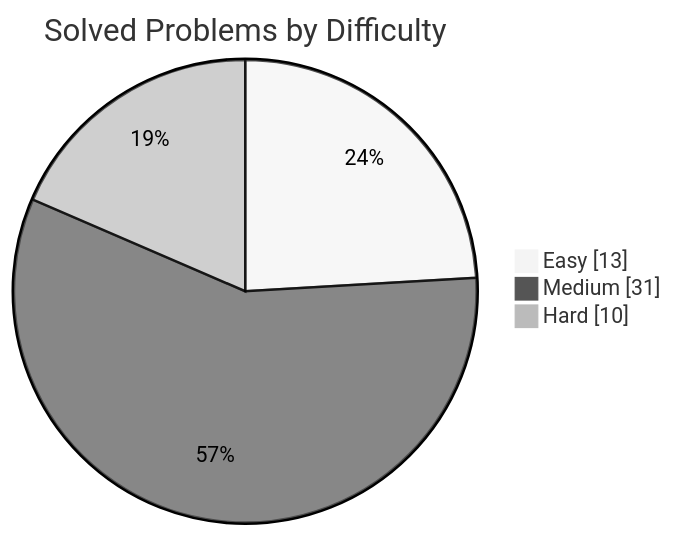
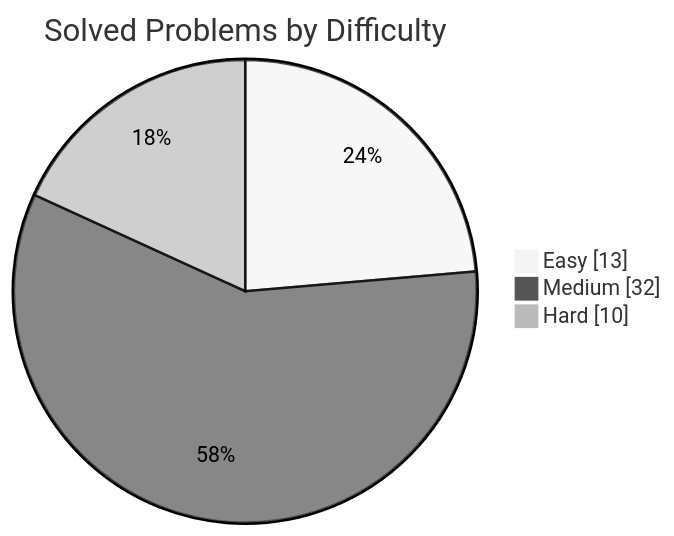
Before and after one commit to manikantbindass/DSA-Preparation-FAANG: the first of 2 diagrams in README.md, drawn with Mermaid (neutral theme). The commit also changed other lines of this file and 1 other file, not shown here.

````diff
--- a/README.md
+++ b/README.md
@@ -32,7 +32,7 @@
 ```mermaid
 pie showData
     title Solved Problems by Difficulty
     "Easy" : 13
-    "Medium" : 31
+    "Medium" : 32
     "Hard" : 10
 ```
````
